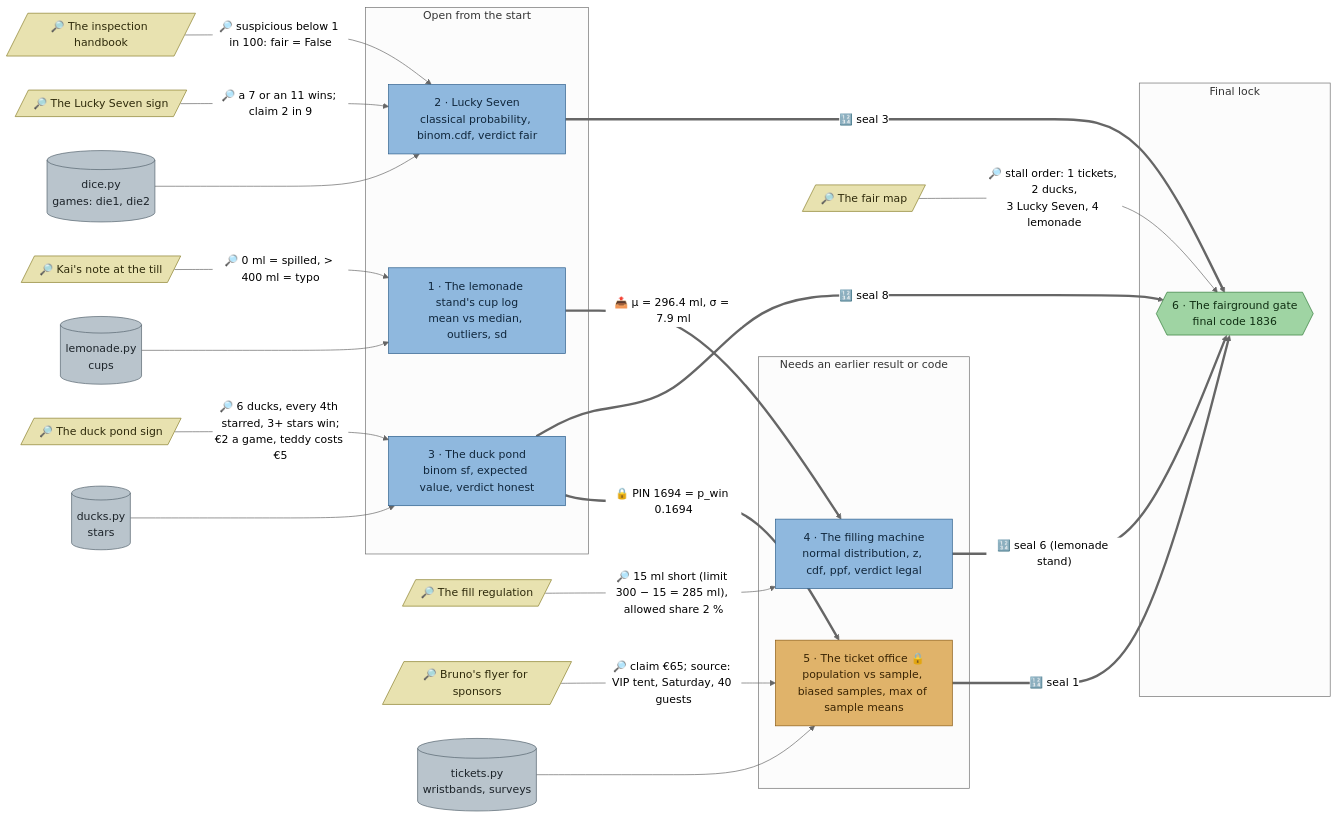
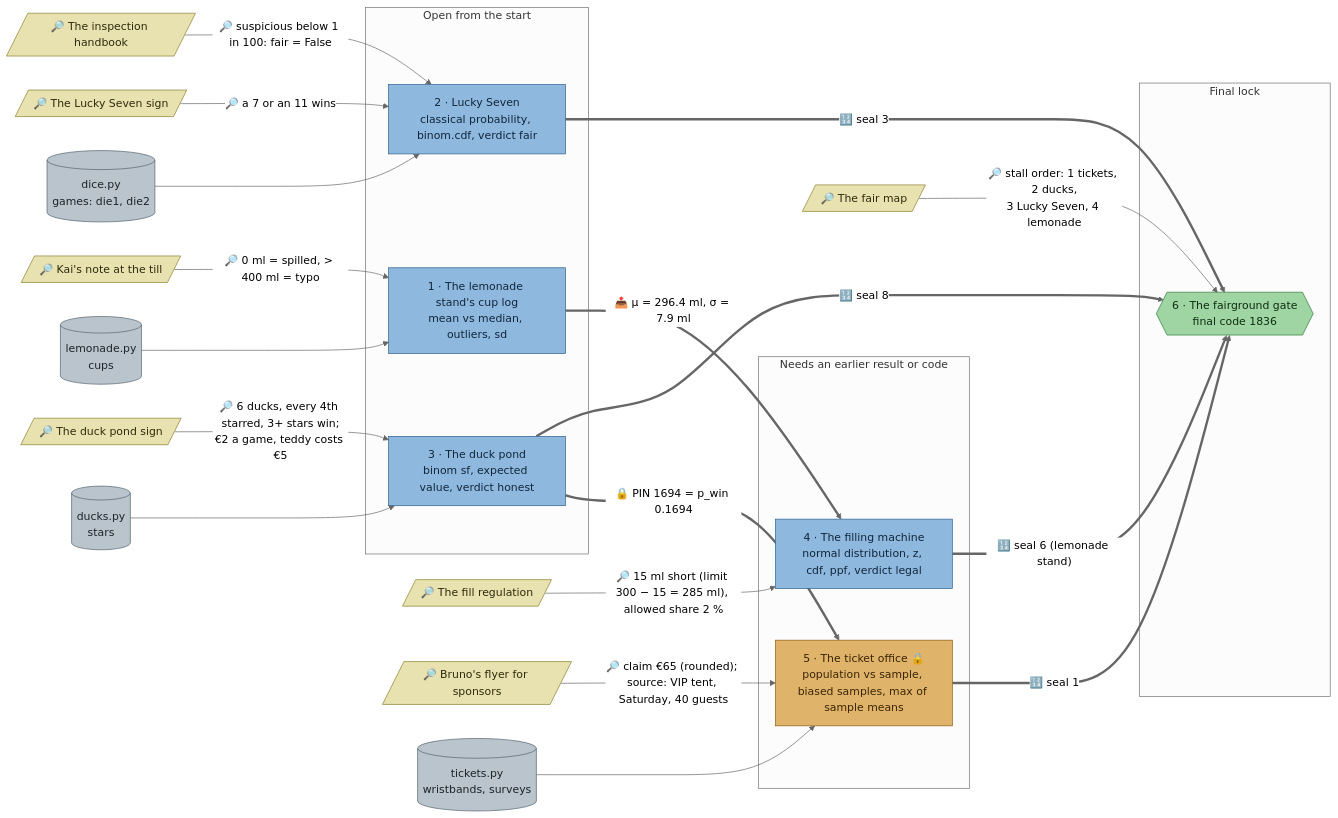
The diagram in docs/flows/stats-fair.md (mhoffmann-wbs/DataScienceEscapeRooms), drawn with Mermaid (neutral theme) before and after one commit. The commit also changed other lines of this file and 6 other files, not shown here.

Commit message:
The Rigged Fair: typing the flyer's 65 no longer passes (the VIP survey averages 64.675), the Lucky Seven sign no longer gives p_theory, and the cup log's clean must hold exactly the real cups

````diff
--- a/docs/flows/stats-fair.md
+++ b/docs/flows/stats-fair.md
@@ -5,62 +5,62 @@
 ```mermaid
 flowchart LR
   cupnote[/"🔎 Kai's note at the till"/]
   dicesign[/"🔎 The Lucky Seven sign"/]
   handbook[/"🔎 The inspection handbook"/]
   ducksign[/"🔎 The duck pond sign"/]
   filllaw[/"🔎 The fill regulation"/]
   flyer[/"🔎 Bruno's flyer for sponsors"/]
   fairmap[/"🔎 The fair map"/]
 
   d_lemonade[("lemonade.py<br/>cups")]
   d_dice[("dice.py<br/>games: die1, die2")]
   d_ducks[("ducks.py<br/>stars")]
   d_tickets[("tickets.py<br/>wristbands, surveys")]
 
   subgraph p1["Open from the start"]
     lemonade["1 · The lemonade stand's cup log<br/>mean vs median, outliers, sd"]
     dice["2 · Lucky Seven<br/>classical probability, binom.cdf, verdict fair"]
     ducks["3 · The duck pond<br/>binom sf, expected value, verdict honest"]
   end
 
   subgraph p2["Needs an earlier result or code"]
     filler["4 · The filling machine<br/>normal distribution, z, cdf, ppf, verdict legal"]
     tickets["5 · The ticket office 🔒<br/>population vs sample, biased samples, max of sample means"]
   end
 
   subgraph p3["Final lock"]
     gate{{"6 · The fairground gate<br/>final code 1836"}}
   end
 
   d_lemonade --> lemonade
   d_dice --> dice
   d_ducks --> ducks
   d_tickets --> tickets
 
   cupnote -->|"🔎 0 ml = spilled, > 400 ml = typo"| lemonade
-  dicesign -->|"🔎 a 7 or an 11 wins; claim 2 in 9"| dice
+  dicesign -->|"🔎 a 7 or an 11 wins"| dice
   handbook -->|"🔎 suspicious below 1 in 100: fair = False"| dice
   ducksign -->|"🔎 6 ducks, every 4th starred, 3+ stars win;<br/>€2 a game, teddy costs €5"| ducks
   filllaw -->|"🔎 15 ml short (limit 300 − 15 = 285 ml), allowed share 2 %"| filler
-  flyer -->|"🔎 claim €65; source: VIP tent, Saturday, 40 guests"| tickets
+  flyer -->|"🔎 claim €65 (rounded); source: VIP tent, Saturday, 40 guests"| tickets
   fairmap -->|"🔎 stall order: 1 tickets, 2 ducks,<br/>3 Lucky Seven, 4 lemonade"| gate
 
   lemonade ==>|"📤 μ = 296.4 ml, σ = 7.9 ml"| filler
   ducks ==>|"🔒 PIN 1694 = p_win 0.1694"| tickets
 
   tickets ==>|"🔢 seal 1"| gate
   ducks ==>|"🔢 seal 8"| gate
   dice ==>|"🔢 seal 3"| gate
   filler ==>|"🔢 seal 6 (lemonade stand)"| gate
 
   classDef station fill:#8fb8de,stroke:#2b5d8a,color:#10263b
   classDef locked fill:#e0b36a,stroke:#8a5a12,color:#3a2504
   classDef clue fill:#e8e2b0,stroke:#8a7f2b,color:#2e2a0b
   classDef data fill:#b9c4cc,stroke:#55636e,color:#1c2329
   classDef final fill:#9fd4a3,stroke:#2f7a36,color:#0f2e12
   class lemonade,dice,ducks,filler station
   class tickets locked
   class cupnote,dicesign,handbook,ducksign,filllaw,flyer,fairmap clue
   class d_lemonade,d_dice,d_ducks,d_tickets data
   class gate final
 ```
````
